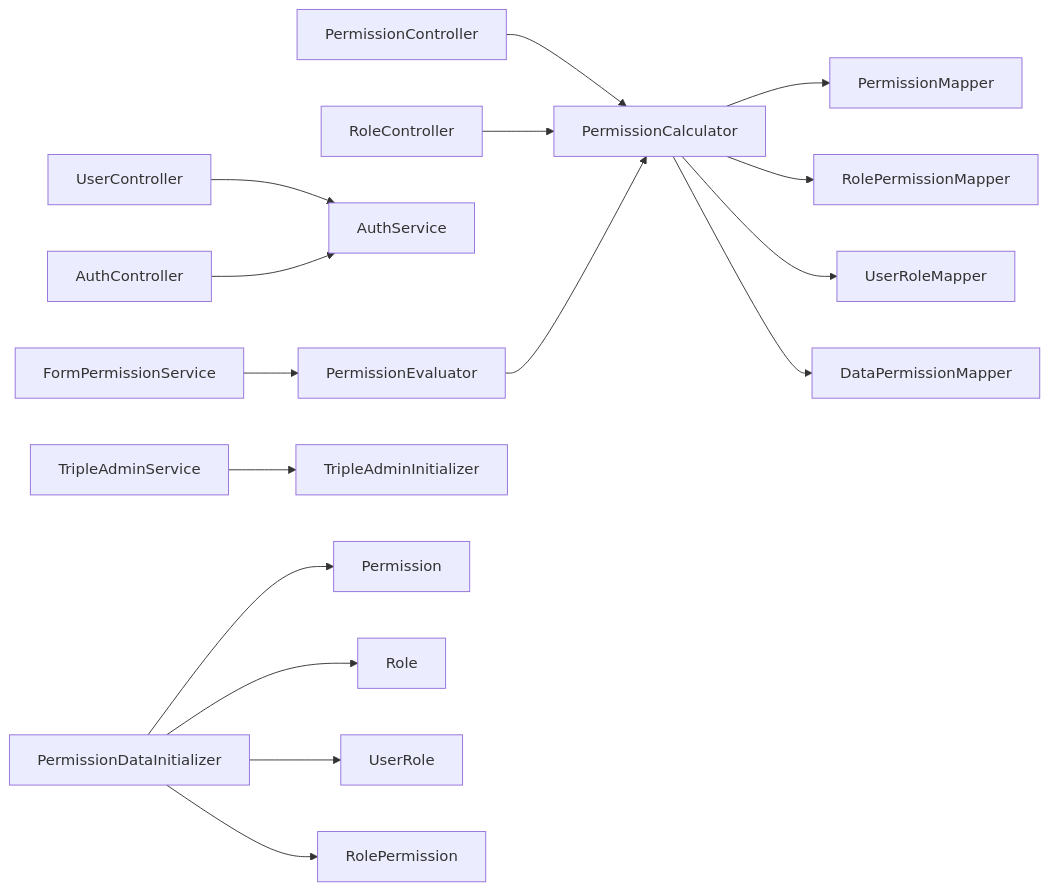
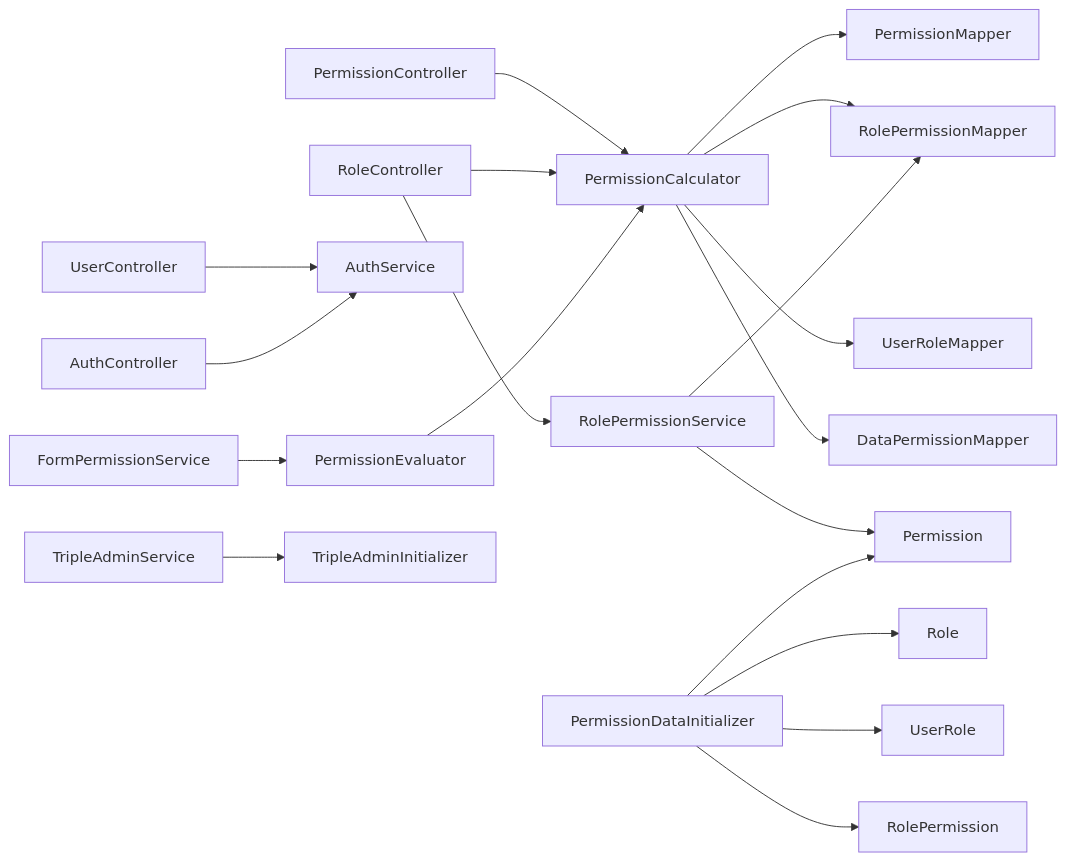
One commit to liming-lihaini/workflow changed the tenth of 10 diagrams in .qoder/repowiki/zh/content/权限控制系统/权限控制系统.md. Above: the diagram before and after it, drawn with Mermaid. The commit also changed other lines of this file and 57 other files, not shown here.

````diff
--- a/.qoder/repowiki/zh/content/权限控制系统/权限控制系统.md
+++ b/.qoder/repowiki/zh/content/权限控制系统/权限控制系统.md
@@ -516,18 +543,21 @@
 ```mermaid
 graph LR
 PCtrl["PermissionController"] --> PCalc["PermissionCalculator"]
 RCtrl["RoleController"] --> PCalc
+RCtrl --> RPS["RolePermissionService"]
 UCtrl["UserController"] --> ASvc["AuthService"]
 ACtrl["AuthController"] --> ASvc
 PCalc --> PM["PermissionMapper"]
 PCalc --> RPM["RolePermissionMapper"]
 PCalc --> URM["UserRoleMapper"]
 PCalc --> DPM["DataPermissionMapper"]
 PEval["PermissionEvaluator"] --> PCalc
 FPerm["FormPermissionService"] --> PEval
 TAdmin["TripleAdminService"] --> TAInit["TripleAdminInitializer"]
-PDI["PermissionDataInitializer"] --> P["Permission"]
+RPS --> RPM
+RPS --> P["Permission"]
+PDI["PermissionDataInitializer"] --> P
 PDI --> R["Role"]
 PDI --> UR["UserRole"]
 PDI --> RP["RolePermission"]
 ```
````
